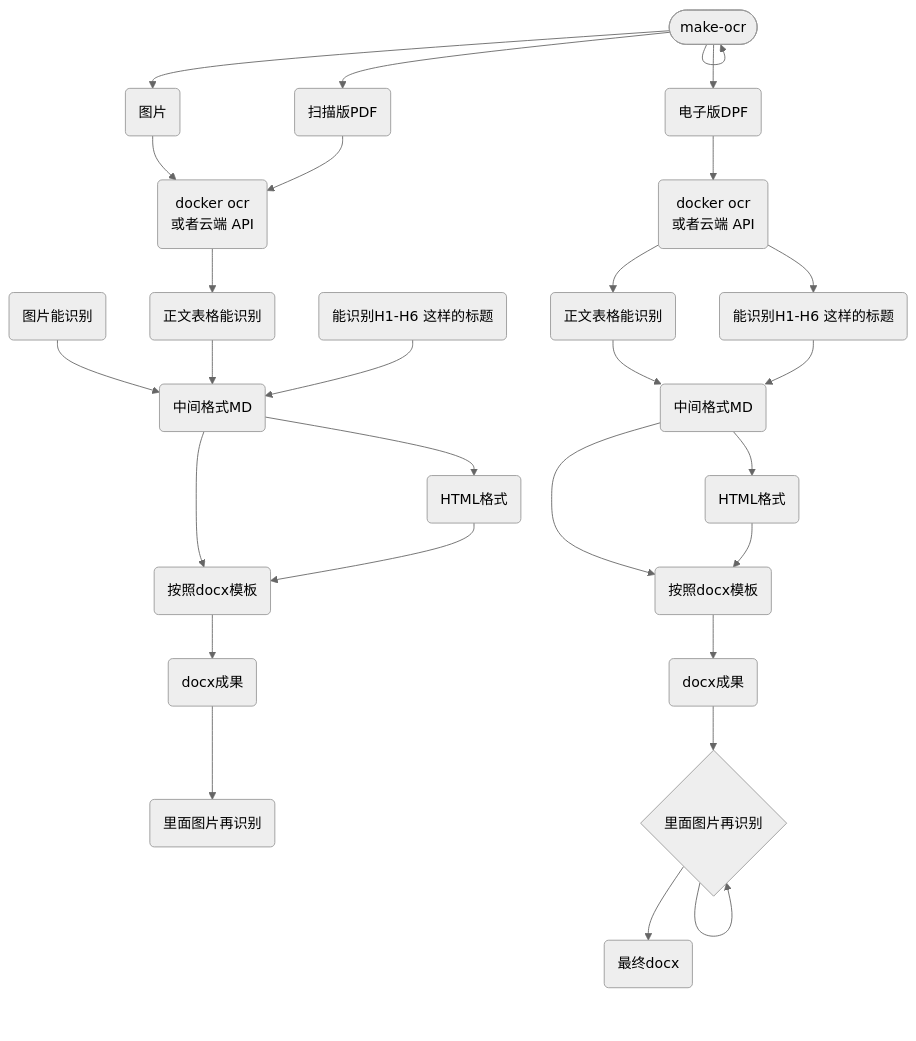
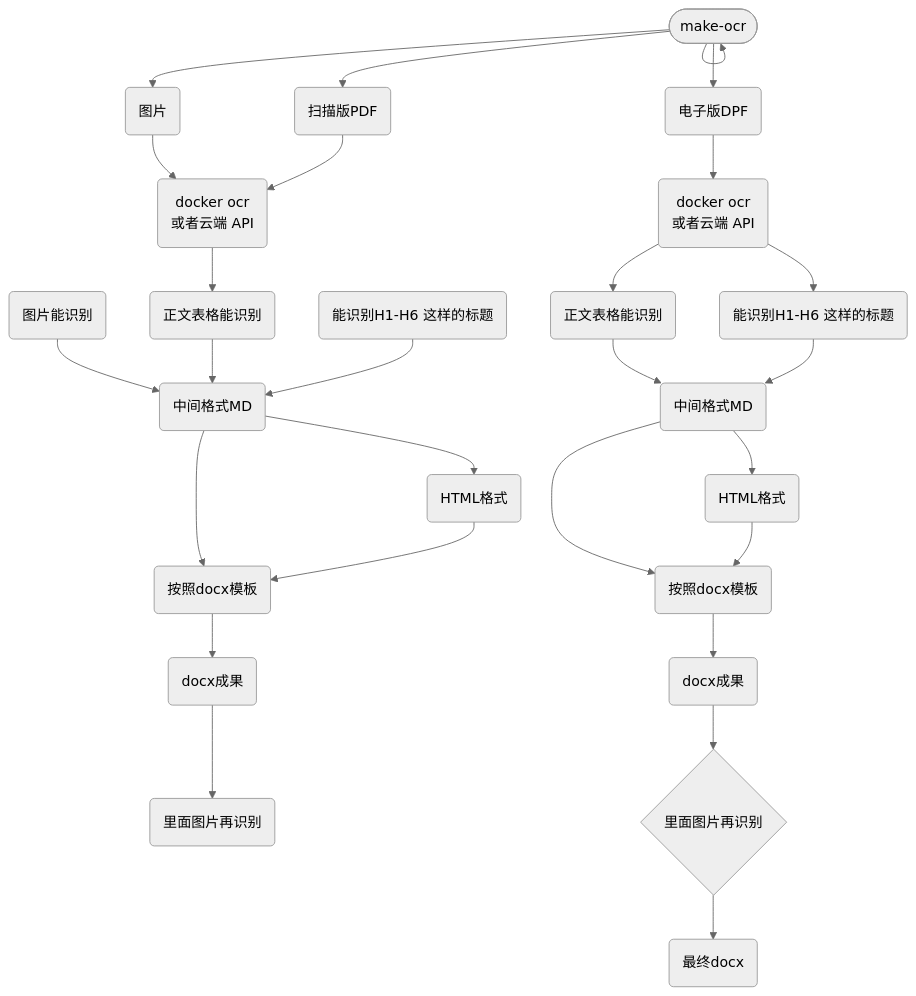
The diagram in notes/未命名_da3b1e9d-46b8-4fe8-a207-538027b2306b.md (fireflysss/mermaid-notes), drawn with Mermaid (neutral theme) before and after one commit. The commit also changed 3 other files, not shown here.

Commit message:
Sync Mermaid Studio data (12 diagrams)

````diff
--- a/notes/未命名_da3b1e9d-46b8-4fe8-a207-538027b2306b.md
+++ b/notes/未命名_da3b1e9d-46b8-4fe8-a207-538027b2306b.md
@@ -3,53 +3,52 @@
 ```mermaid
 flowchart TD
   n_0(["make-ocr"])
   n_1("扫描版PDF")
   n_2("电子版DPF")
   n_3("docker ocr<br/>或者云端 API")
   n_4("图片")
   n_5("能识别H1-H6 这样的标题")
   n_6("正文表格能识别")
   n_7("图片能识别")
   n_8("按照docx模板")
   n_9("里面图片再识别")
   n_10("docx成果")
   n_11("中间格式MD")
   n_12("HTML格式")
   n_13("docker ocr<br/>或者云端 API")
   n_14("能识别H1-H6 这样的标题")
   n_15("正文表格能识别")
   n_16("按照docx模板")
   n_17("docx成果")
   n_18("中间格式MD")
   n_19("HTML格式")
-  n_20{"里面图片再识别"}
-  n_21("最终docx")
+  n_20("最终docx")
+  n_21{"里面图片再识别"}
   n_0 --> n_0
   n_0 --> n_1
   n_0 --> n_2
   n_0 --> n_4
   n_11 --> n_8
   n_11 --> n_12
   n_12 --> n_8
   n_8 --> n_10
   n_10 --> n_9
   n_18 --> n_16
   n_18 --> n_19
   n_19 --> n_16
   n_16 --> n_17
   n_4 --> n_3
   n_1 --> n_3
   n_2 --> n_13
   n_13 --> n_14
   n_13 --> n_15
   n_15 --> n_18
   n_14 --> n_18
   n_7 --> n_11
   n_6 --> n_11
   n_5 --> n_11
   n_3 --> n_6
-  n_17 --> n_20
-  n_20 --> n_21
-  n_20 --> n_20
+  n_17 --> n_21
+  n_21 --> n_20
 
 ```
````
